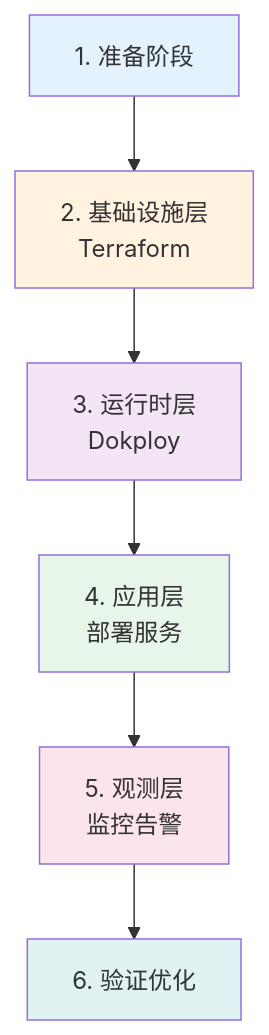
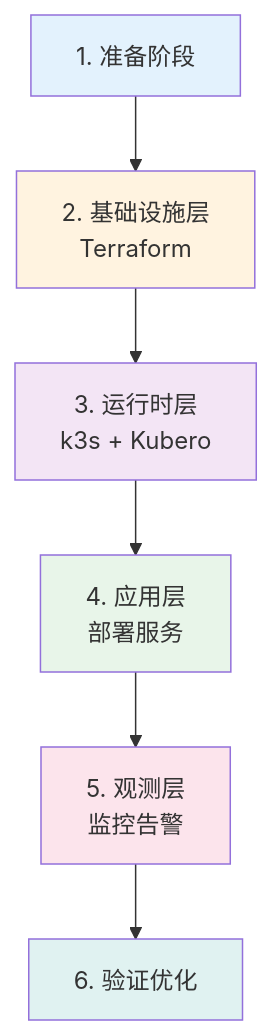
Before and after one commit to wangzitian0/PEG-scaner: the first of 8 diagrams in docs/specs/tech/TRD-004.env_eaas_implementation.md, drawn with Mermaid. The commit also changed other lines of this file and 9 other files, not shown here.

````diff
--- a/docs/specs/tech/TRD-004.env_eaas_implementation.md
+++ b/docs/specs/tech/TRD-004.env_eaas_implementation.md
@@ -16,15 +18,15 @@
 ```mermaid
 graph TB
     A[1. 准备阶段] --> B[2. 基础设施层<br/>Terraform]
-    B --> C[3. 运行时层<br/>Dokploy]
+    B --> C[3. 运行时层<br/>k3s + Kubero]
     C --> D[4. 应用层<br/>部署服务]
     D --> E[5. 观测层<br/>监控告警]
     E --> F[6. 验证优化]
     
     style A fill:#e3f2fd
     style B fill:#fff3e0
     style C fill:#f3e5f5
     style D fill:#e8f5e9
     style E fill:#fce4ec
     style F fill:#e0f2f1
 ```
````
